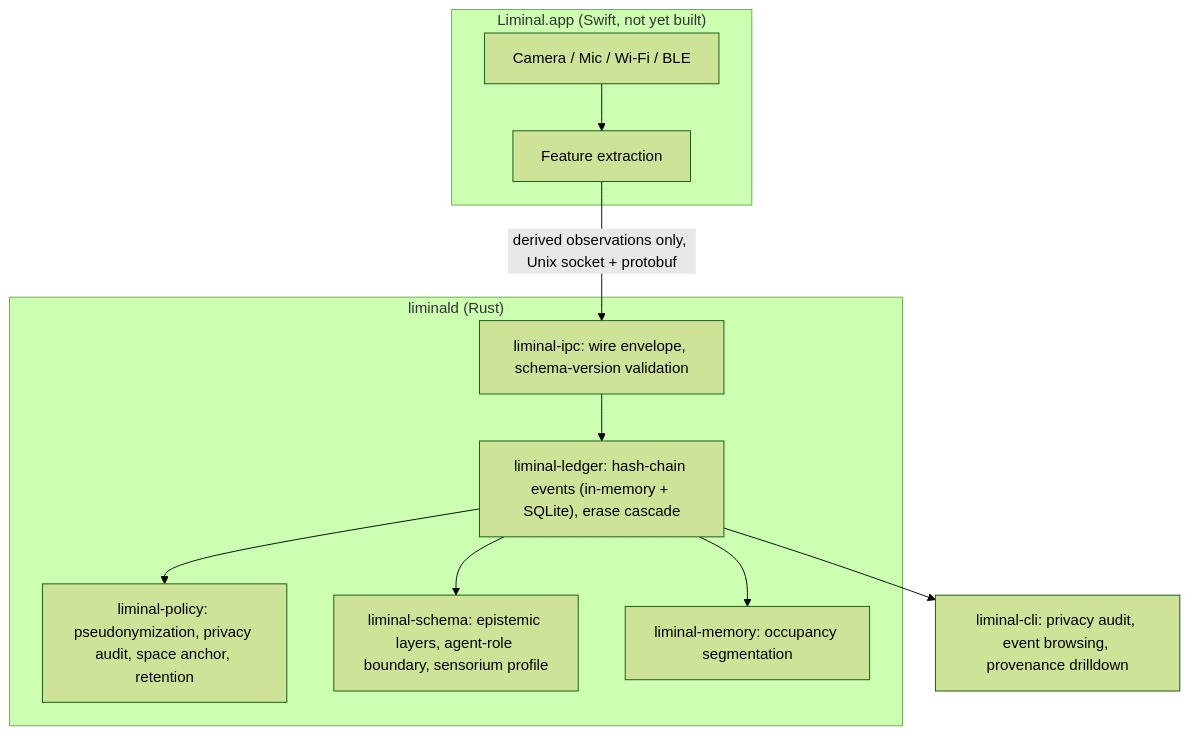
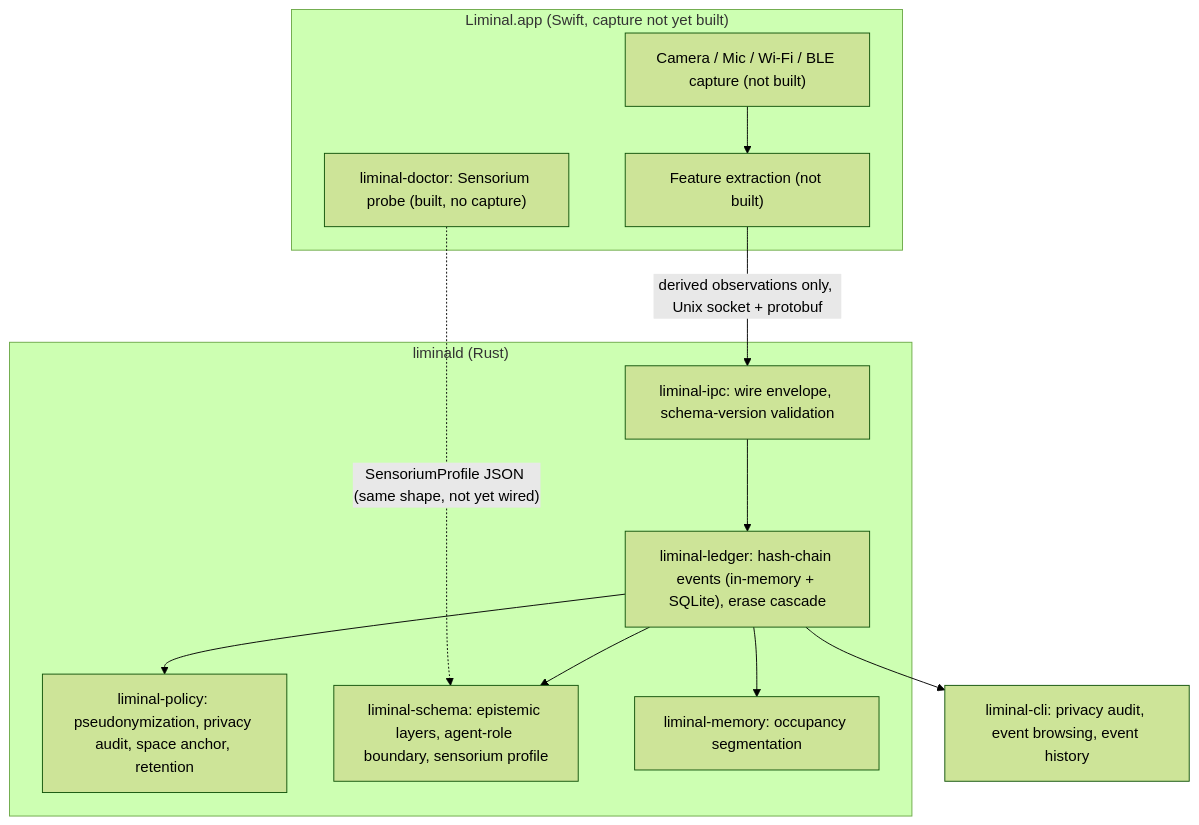
Before and after one commit to randyren278/liminal: the diagram in docs/ARCHITECTURE.md, drawn with Mermaid (forest theme). The commit also changed other lines of this file and 13 other files, not shown here.

First line of the commit message:
Add liminal-doctor: real Sensorium probe (L2), Swift package + CI job

````diff
--- a/docs/ARCHITECTURE.md
+++ b/docs/ARCHITECTURE.md
@@ -14,23 +14,25 @@
 ```mermaid
 flowchart TB
-    subgraph Swift["Liminal.app (Swift, not yet built)"]
-        Sensors["Camera / Mic / Wi-Fi / BLE"]
-        Extract["Feature extraction"]
+    subgraph Swift["Liminal.app (Swift, capture not yet built)"]
+        Doctor["liminal-doctor: Sensorium probe (built, no capture)"]
+        Sensors["Camera / Mic / Wi-Fi / BLE capture (not built)"]
+        Extract["Feature extraction (not built)"]
     end
     subgraph Rust["liminald (Rust)"]
         IPC["liminal-ipc: wire envelope, schema-version validation"]
         Ledger["liminal-ledger: hash-chain events (in-memory + SQLite), erase cascade"]
         Policy["liminal-policy: pseudonymization, privacy audit, space anchor, retention"]
         Schema["liminal-schema: epistemic layers, agent-role boundary, sensorium profile"]
         Memory["liminal-memory: occupancy segmentation"]
     end
-    CLI["liminal-cli: privacy audit, event browsing, provenance drilldown"]
+    CLI["liminal-cli: privacy audit, event browsing, event history"]
 
+    Doctor -.->|"SensoriumProfile JSON (same shape, not yet wired)"| Schema
     Sensors --> Extract
     Extract -->|"derived observations only, Unix socket + protobuf"| IPC
     IPC --> Ledger
     Ledger --> Policy
     Ledger --> Schema
     Ledger --> Memory
     Ledger --> CLI
 ```
````
